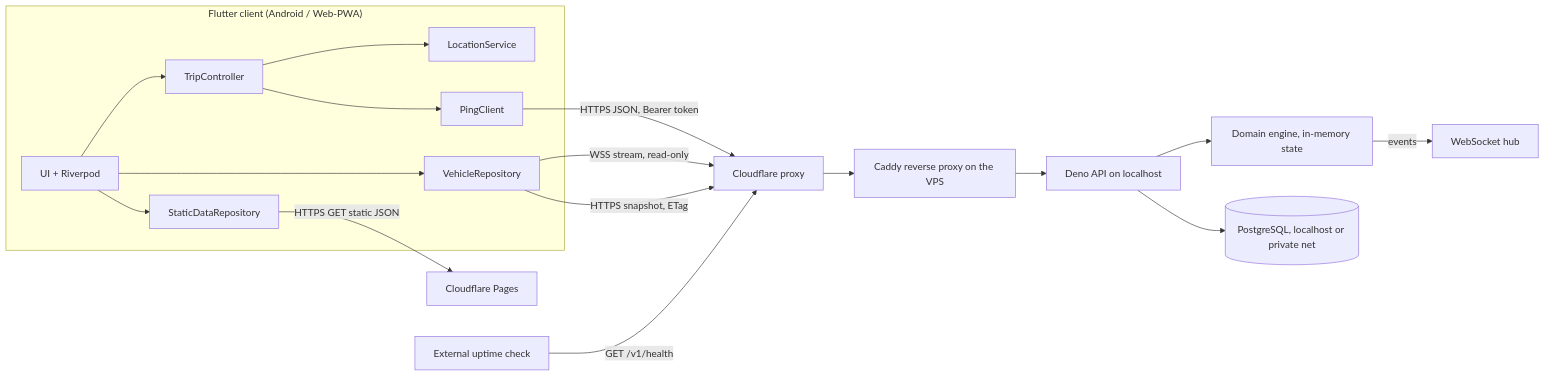
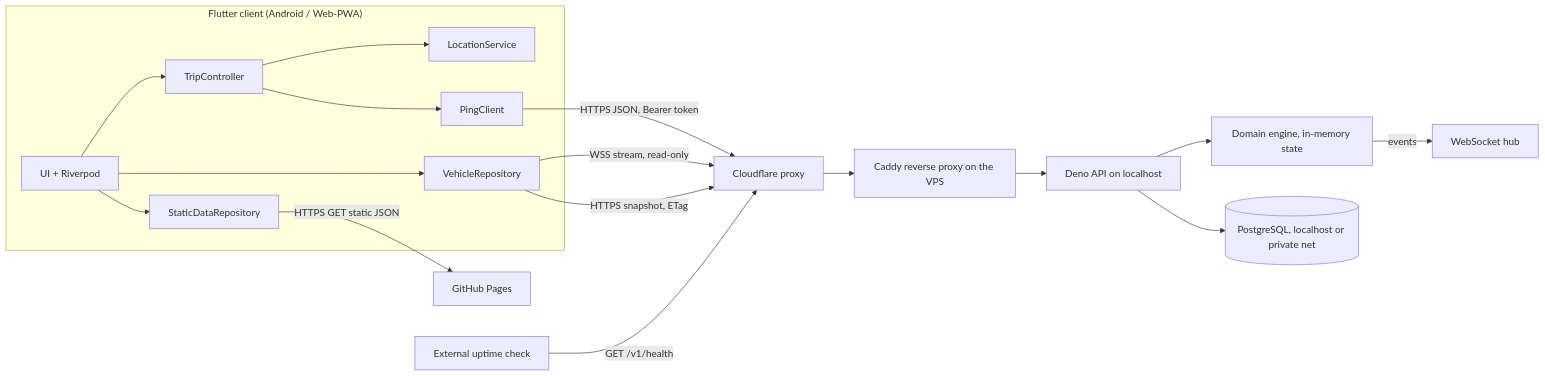
The first of 3 diagrams in PLAN.md (EduLGFon/pontual-bus-tracking-app), drawn with Mermaid before and after one commit. The commit also changed other lines of this file and 3 other files, not shown here.

Commit message:
feat: migrate static hosting from Cloudflare Pages to GitHub Pages; update workflows and documentation accordingly

````diff
--- a/PLAN.md
+++ b/PLAN.md
@@ -392,20 +392,20 @@
 ```mermaid
 flowchart LR
   subgraph Client["Flutter client (Android / Web-PWA)"]
     UI["UI + Riverpod"] --> TC["TripController"]
     TC --> LS["LocationService"]
     TC --> PC["PingClient"]
     UI --> VR["VehicleRepository"]
     UI --> SD["StaticDataRepository"]
   end
   PC -->|"HTTPS JSON, Bearer token"| CF["Cloudflare proxy"]
   VR -->|"WSS stream, read-only"| CF
   VR -->|"HTTPS snapshot, ETag"| CF
   CF --> CADDY["Caddy reverse proxy on the VPS"]
   CADDY --> API["Deno API on localhost"]
   API --> ENG["Domain engine, in-memory state"]
   ENG -->|"events"| HUB["WebSocket hub"]
   API --> DB[("PostgreSQL, localhost or private net")]
-  SD -->|"HTTPS GET static JSON"| CDN["Cloudflare Pages"]
+  SD -->|"HTTPS GET static JSON"| CDN["GitHub Pages"]
   MON["External uptime check"] -->|"GET /v1/health"| CF
 ```
````
